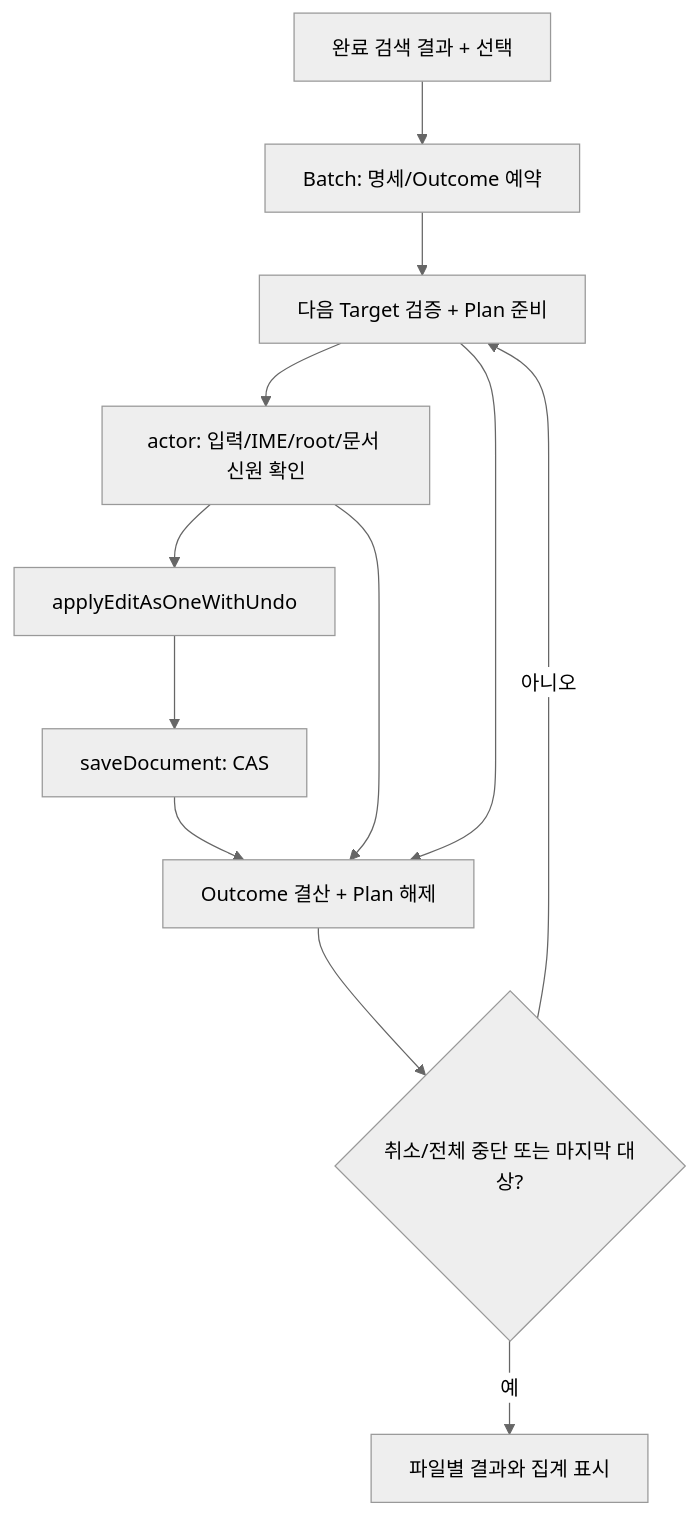
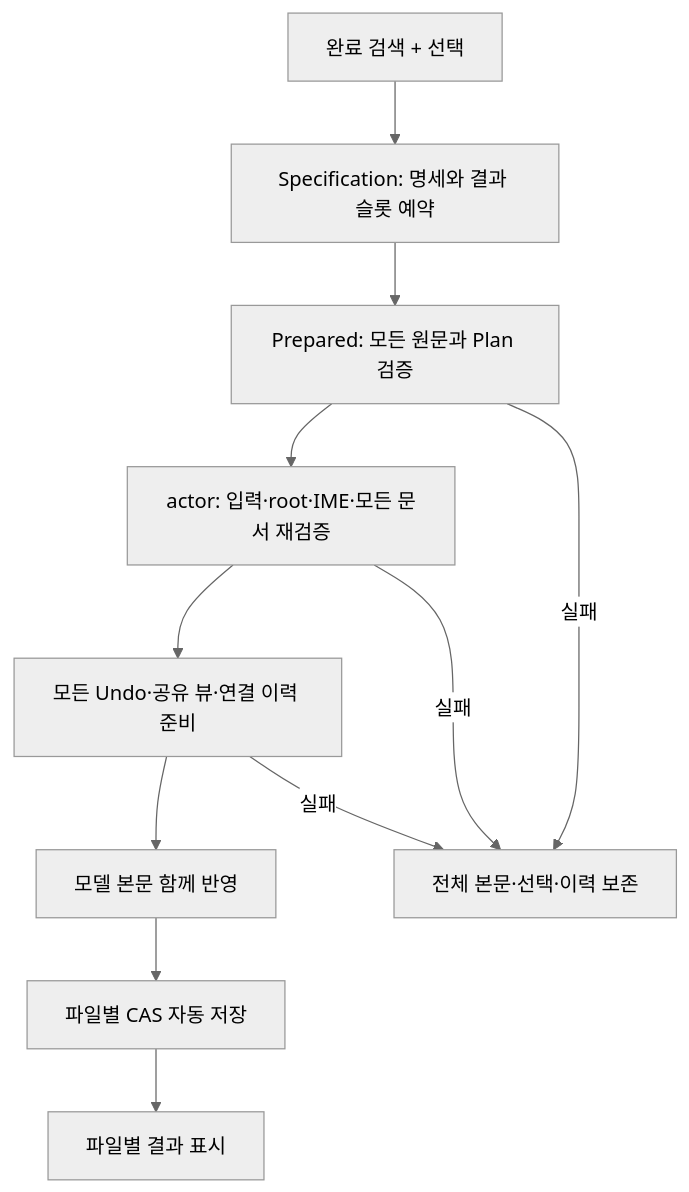
One commit to ohah/maru changed the diagram in docs/plans/editor-project-replace-batch.md. Above: the diagram before and after it, drawn with Mermaid (neutral theme). The commit also changed other lines of this file and 8 other files, not shown here.

````diff
--- a/docs/plans/editor-project-replace-batch.md
+++ b/docs/plans/editor-project-replace-batch.md
@@ -76,14 +62,13 @@
 ```mermaid
 flowchart TD
-    A["완료 검색 결과 + 선택"] --> B["Batch: 명세/Outcome 예약"]
-    B --> C["다음 Target 검증 + Plan 준비"]
-    C --> D["actor: 입력/IME/root/문서 신원 확인"]
-    D --> E["applyEditAsOneWithUndo"]
-    E --> F["saveDocument: CAS"]
-    F --> G["Outcome 결산 + Plan 해제"]
-    C --> G
-    D --> G
-    G --> H{"취소/전체 중단 또는 마지막 대상?"}
-    H -->|아니오| C
-    H -->|예| I["파일별 결과와 집계 표시"]
+    A["완료 검색 + 선택"] --> B["Specification: 명세와 결과 슬롯 예약"]
+    B --> C["Prepared: 모든 원문과 Plan 검증"]
+    C --> D["actor: 입력·root·IME·모든 문서 재검증"]
+    D --> E["모든 Undo·공유 뷰·연결 이력 준비"]
+    E --> F["모델 본문 함께 반영"]
+    F --> G["파일별 CAS 자동 저장"]
+    G --> H["파일별 결과 표시"]
+    C -->|실패| I["전체 본문·선택·이력 보존"]
+    D -->|실패| I
+    E -->|실패| I
 ```
````
